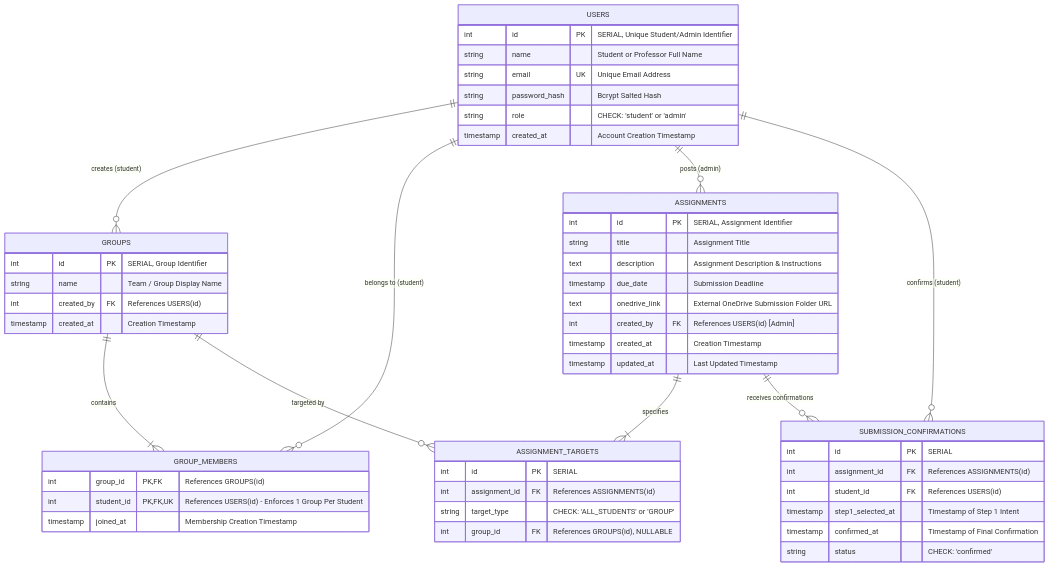
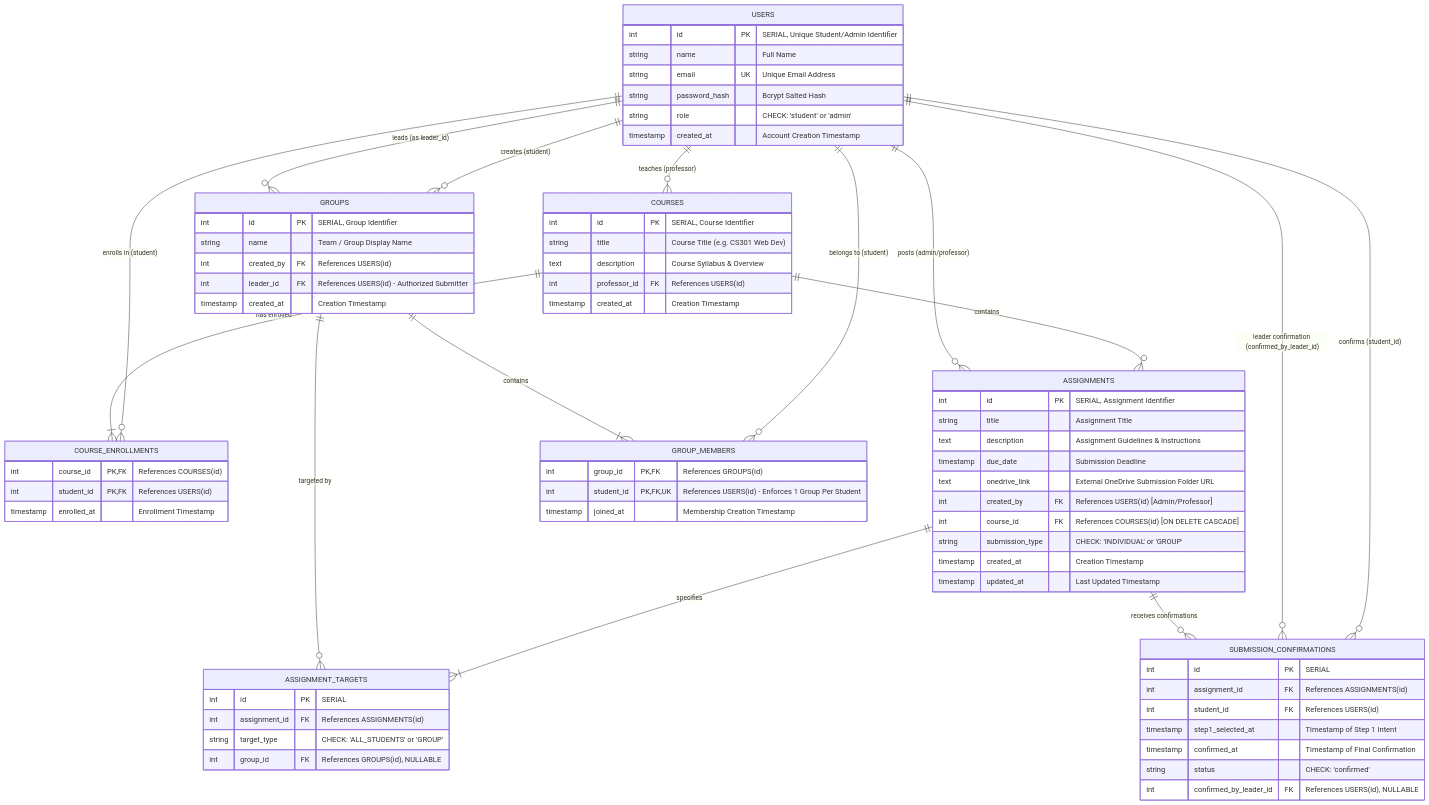
One commit to Tvaibhav06/JoinEz changed the diagram in docs/er-diagram.md. Above: the diagram before and after it, drawn with Mermaid. The commit also changed other lines of this file and 24 other files, not shown here.

````diff
--- a/docs/er-diagram.md
+++ b/docs/er-diagram.md
@@ -11,27 +10,48 @@
 ```mermaid
 erDiagram
+    USERS ||--o{ COURSES : "teaches (professor)"
+    USERS ||--o{ COURSE_ENROLLMENTS : "enrolls in (student)"
+    COURSES ||--|{ COURSE_ENROLLMENTS : "has enrolled"
+    COURSES ||--o{ ASSIGNMENTS : "contains"
     USERS ||--o{ GROUPS : "creates (student)"
+    USERS ||--o{ GROUPS : "leads (as leader_id)"
     USERS ||--o{ GROUP_MEMBERS : "belongs to (student)"
     GROUPS ||--|{ GROUP_MEMBERS : "contains"
-    USERS ||--o{ ASSIGNMENTS : "posts (admin)"
+    USERS ||--o{ ASSIGNMENTS : "posts (admin/professor)"
     ASSIGNMENTS ||--|{ ASSIGNMENT_TARGETS : "specifies"
     GROUPS ||--o{ ASSIGNMENT_TARGETS : "targeted by"
-    USERS ||--o{ SUBMISSION_CONFIRMATIONS : "confirms (student)"
+    USERS ||--o{ SUBMISSION_CONFIRMATIONS : "confirms (student_id)"
+    USERS ||--o{ SUBMISSION_CONFIRMATIONS : "leader confirmation (confirmed_by_leader_id)"
     ASSIGNMENTS ||--o{ SUBMISSION_CONFIRMATIONS : "receives confirmations"
 
     USERS {
         int id PK "SERIAL, Unique Student/Admin Identifier"
-        string name "Student or Professor Full Name"
+        string name "Full Name"
         string email UK "Unique Email Address"
         string password_hash "Bcrypt Salted Hash"
         string role "CHECK: 'student' or 'admin'"
         timestamp created_at "Account Creation Timestamp"
     }
 
+    COURSES {
+        int id PK "SERIAL, Course Identifier"
+        string title "Course Title (e.g. CS301 Web Dev)"
+        text description "Course Syllabus & Overview"
+        int professor_id FK "References USERS(id)"
+        timestamp created_at "Creation Timestamp"
+    }
+
+    COURSE_ENROLLMENTS {
+        int course_id PK, FK "References COURSES(id)"
+        int student_id PK, FK "References USERS(id)"
+        timestamp enrolled_at "Enrollment Timestamp"
+    }
+
     GROUPS {
         int id PK "SERIAL, Group Identifier"
         string name "Team / Group Display Name"
         int created_by FK "References USERS(id)"
+        int leader_id FK "References USERS(id) - Authorized Submitter"
         timestamp created_at "Creation Timestamp"
     }
 
@@ -44,10 +64,12 @@
     ASSIGNMENTS {
         int id PK "SERIAL, Assignment Identifier"
         string title "Assignment Title"
-        text description "Assignment Description & Instructions"
+        text description "Assignment Guidelines & Instructions"
         timestamp due_date "Submission Deadline"
         text onedrive_link "External OneDrive Submission Folder URL"
-        int created_by FK "References USERS(id) [Admin]"
+        int created_by FK "References USERS(id) [Admin/Professor]"
+        int course_id FK "References COURSES(id) [ON DELETE CASCADE]"
+        string submission_type "CHECK: 'INDIVIDUAL' or 'GROUP'"
         timestamp created_at "Creation Timestamp"
         timestamp updated_at "Last Updated Timestamp"
     }
@@ -66,5 +88,6 @@
         timestamp step1_selected_at "Timestamp of Step 1 Intent"
         timestamp confirmed_at "Timestamp of Final Confirmation"
         string status "CHECK: 'confirmed'"
+        int confirmed_by_leader_id FK "References USERS(id), NULLABLE"
     }
 ```
````
